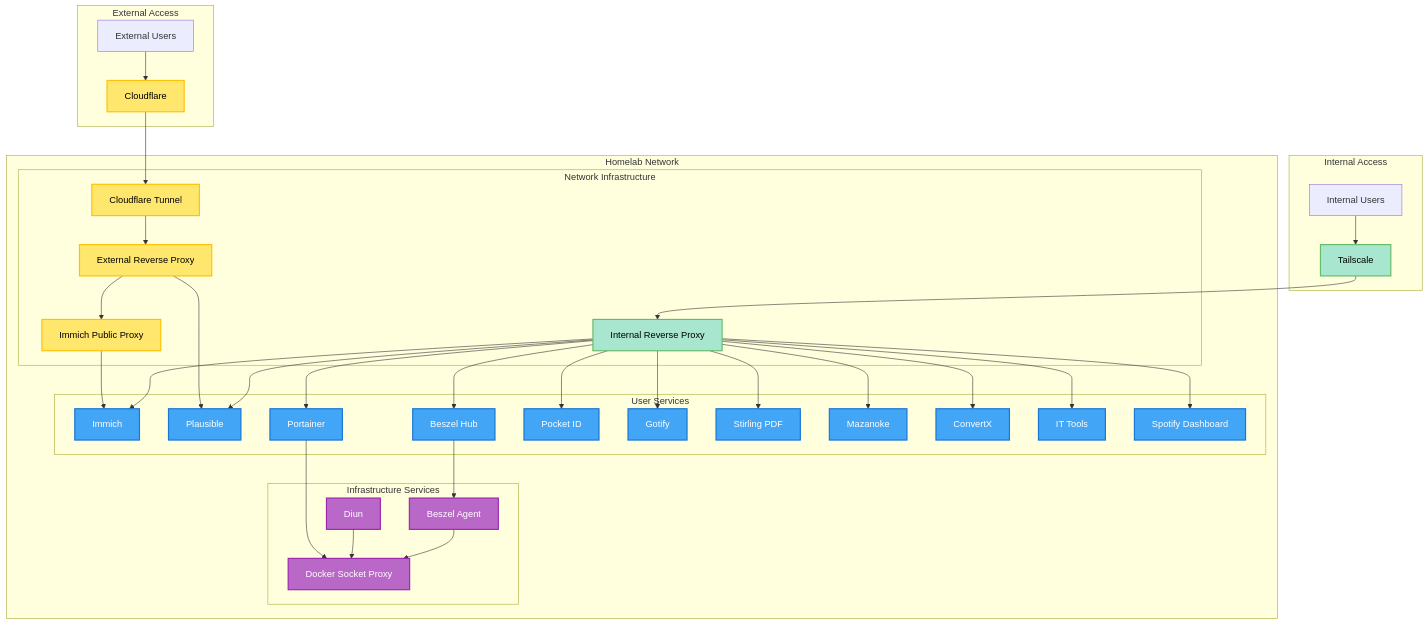
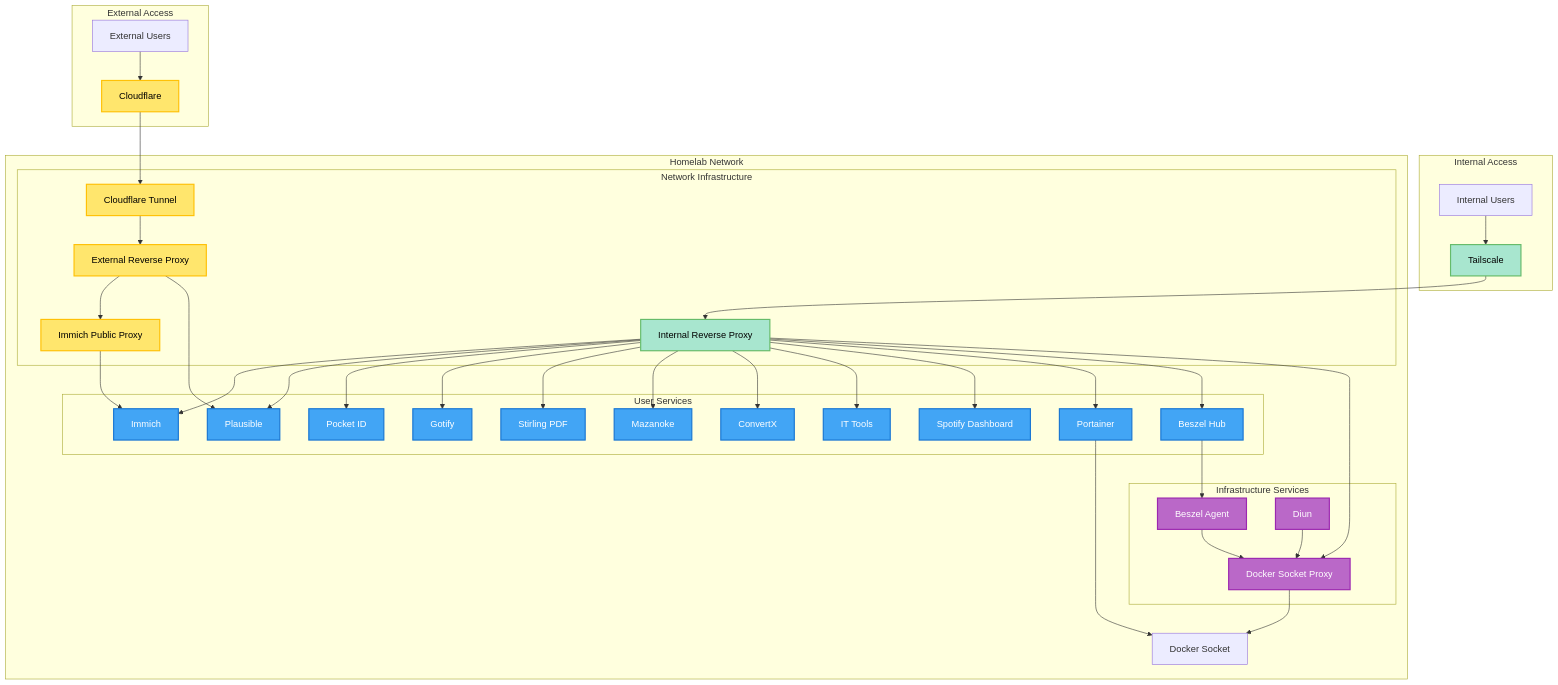
Before and after one commit to ElioDiNino/Homelab: the diagram in services/README.md, drawn with Mermaid. The commit also changed other lines of this file, not shown here.

First line of the commit message:
docs(services): Correct network diagram and update socket proxy link

```diff
--- a/services/README.md
+++ b/services/README.md
@@ -66,8 +66,6 @@
         subgraph "User Services"
             IMMICH[Immich]
             PLAUSIBLE[Plausible]
-            PORTAINER[Portainer]
-            BESZEL_HUB[Beszel Hub]
             POCKET_ID[Pocket ID]
             GOTIFY[Gotify]
             STIRLING[Stirling PDF]
@@ -75,13 +73,17 @@
             CONVERTX[ConvertX]
             IT_TOOLS[IT Tools]
             SPOTIFY[Spotify Dashboard]
+            PORTAINER[Portainer]
+            BESZEL_HUB[Beszel Hub]
         end
 
         subgraph "Infrastructure Services"
+            BESZEL_AGENT[Beszel Agent]
             DIUN[Diun]
-            BESZEL_AGENT[Beszel Agent]
             SOCKET_PROXY[Docker Socket Proxy]
         end
+
+        DS[Docker Socket]
     end
 
     %% Connections
@@ -103,8 +105,6 @@
     %% Internal Service Routing
     CADDY_INT --> IMMICH
     CADDY_INT --> PLAUSIBLE
-    CADDY_INT --> PORTAINER
-    CADDY_INT --> BESZEL_HUB
     CADDY_INT --> POCKET_ID
     CADDY_INT --> GOTIFY
     CADDY_INT --> STIRLING
@@ -112,12 +112,16 @@
     CADDY_INT --> CONVERTX
     CADDY_INT --> IT_TOOLS
     CADDY_INT --> SPOTIFY
+    CADDY_INT --> PORTAINER
+    CADDY_INT --> BESZEL_HUB
 
     %% Service Dependencies
     BESZEL_HUB --> BESZEL_AGENT
-    PORTAINER --> SOCKET_PROXY
+    CADDY_INT --> SOCKET_PROXY
     DIUN --> SOCKET_PROXY
     BESZEL_AGENT --> SOCKET_PROXY
+    PORTAINER --> DS
+    SOCKET_PROXY --> DS
 
     %% Styling
     classDef external fill:#ffe66d,stroke:#ffc107,stroke-width:2px,color:#000
```
